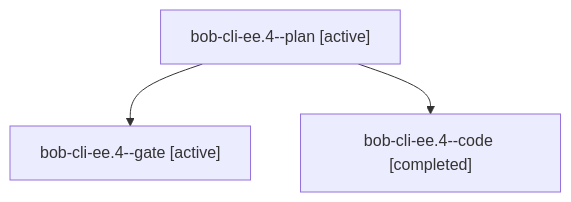
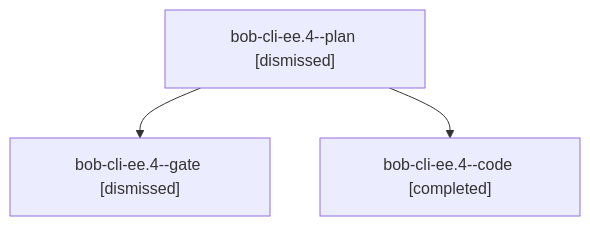
Before and after one commit to bobs-org/bob-cli--agents: the diagram in sessions/bbugyi200.apollo.bob-cli-ee.4.md, drawn with Mermaid. The commit also changed other lines of this file and 256 other files, not shown here.

````diff
--- a/sessions/bbugyi200.apollo.bob-cli-ee.4.md
+++ b/sessions/bbugyi200.apollo.bob-cli-ee.4.md
@@ -9,8 +9,8 @@
 ```mermaid
 flowchart TD
-  n0["bob-cli-ee.4--plan [active]"]
-  n1["bob-cli-ee.4--gate [active]"]
+  n0["bob-cli-ee.4--plan [dismissed]"]
+  n1["bob-cli-ee.4--gate [dismissed]"]
   n0 --> n1
   n2["bob-cli-ee.4--code [completed]"]
   n0 --> n2
 ```
````
